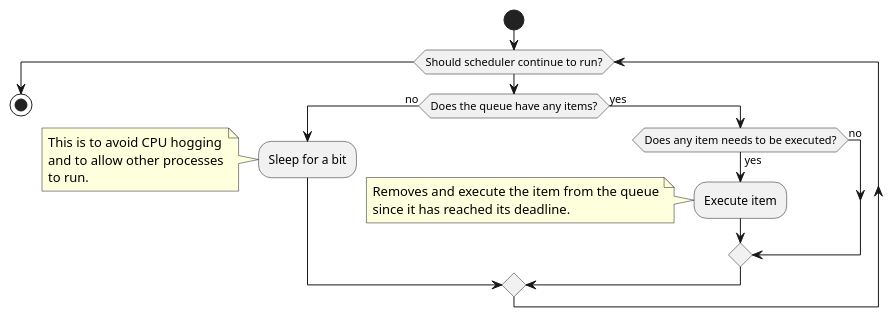
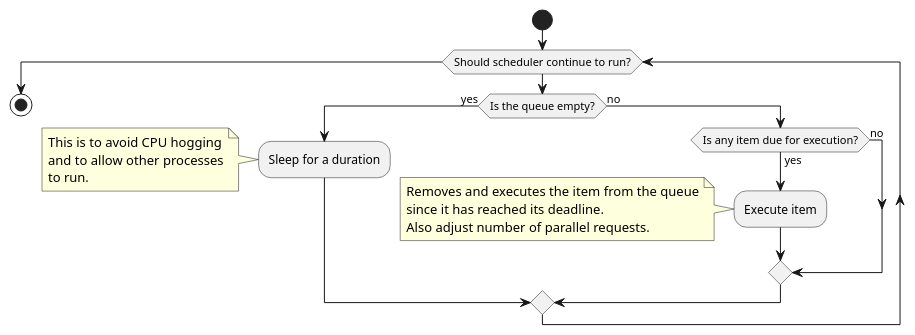
The diagram in profaastinate/docs/diagrams/uml/activity/deadline-schedule.puml (nuclio/nuclio), drawn with PlantUML before and after one commit. The commit also changed 3 other files, not shown here.

First line of the commit message:
refactor(profaastinate): diagrams

```diff
--- a/profaastinate/docs/diagrams/uml/activity/deadline-schedule.puml
+++ b/profaastinate/docs/diagrams/uml/activity/deadline-schedule.puml
@@ -1,24 +1,25 @@
 @startuml
 |DeadlineScheduler|
 start
 while (Should scheduler continue to run?)
-    if (Does the queue have any items?) then (no)
-        :Sleep for a bit;
+    if (Is the queue empty?) then (yes)
+        :Sleep for a duration;
         note left
             This is to avoid CPU hogging
             and to allow other processes
             to run.
         end note
-    else (yes)
-        if (Does any item needs to be executed?) then (yes)
+    else (no)
+        if (Is any item due for execution?) then (yes)
             :Execute item;
             note left
-                Removes and execute the item from the queue
+                Removes and executes the item from the queue
                 since it has reached its deadline.
+                Also adjust number of parallel requests.
             end note
         else (no)
         endif
     endif
 endwhile
 stop
 @enduml
```
